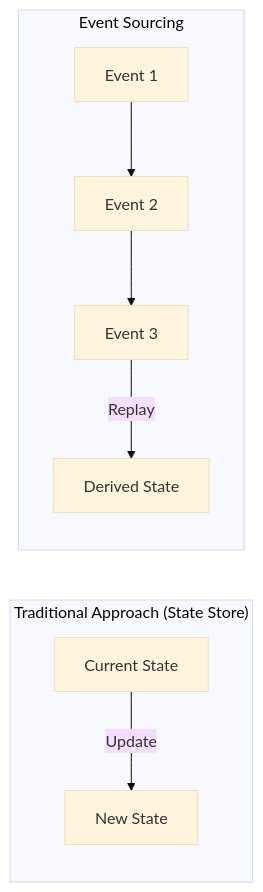
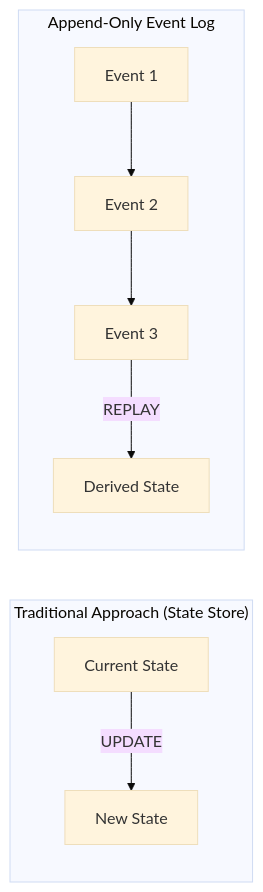
One commit to Timwood0x10/ARES changed the first of 6 diagrams in docs/articles/en/08-event-system-deep-dive.md. Above: the diagram before and after it, drawn with Mermaid (base theme). The commit also changed other lines of this file and 2423 other files, not shown here.

````diff
--- a/docs/articles/en/08-event-system-deep-dive.md
+++ b/docs/articles/en/08-event-system-deep-dive.md
@@ -29,12 +17,12 @@
 ```mermaid
 graph LR
     subgraph "Traditional Approach (State Store)"
-        S1[Current State] -->|Update| S2[New State]
+        S1[Current State] -->|UPDATE| S2[New State]
     end
 
-    subgraph "Event Sourcing"
+    subgraph "Append-Only Event Log"
         E1[Event 1] --> E2[Event 2]
         E2 --> E3[Event 3]
-        E3 -->|Replay| STATE[Derived State]
+        E3 -->|REPLAY| STATE[Derived State]
     end
 ```
````
